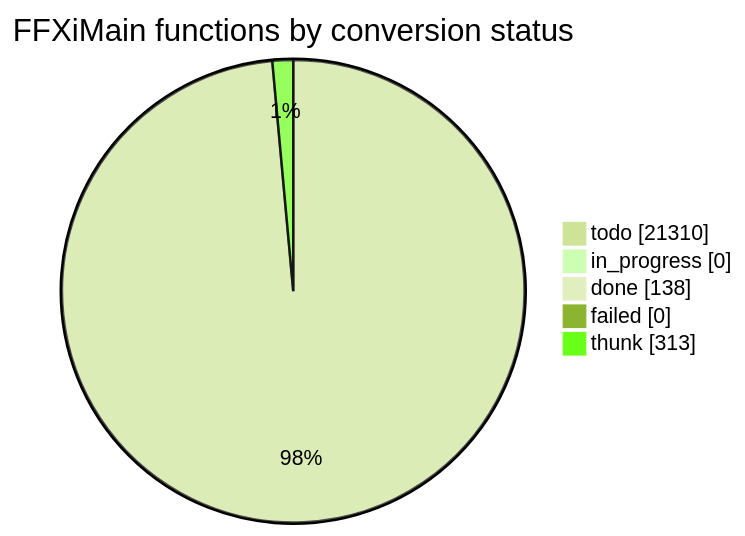
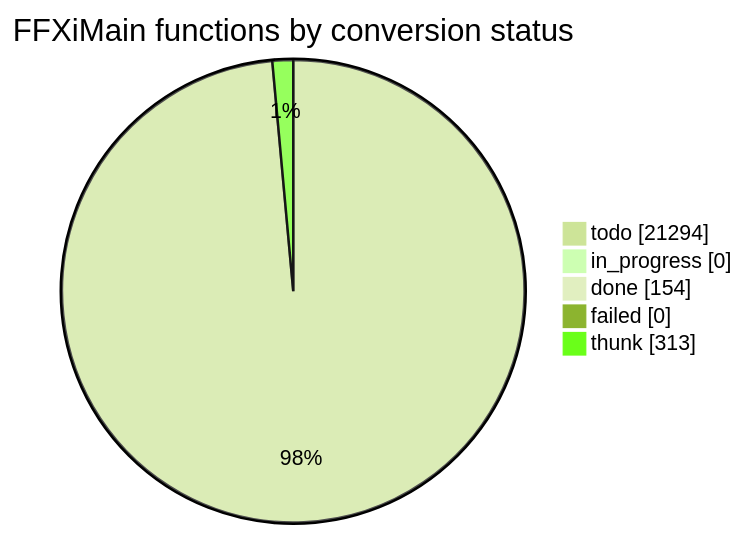
One commit to cowrevenge/cow_kuluu_xi_anything changed the diagram in docs/cow/STATUS.md. Above: the diagram before and after it, drawn with Mermaid (forest theme). The commit also changed other lines of this file and 23 other files, not shown here.

````diff
--- a/docs/cow/STATUS.md
+++ b/docs/cow/STATUS.md
@@ -18,9 +18,9 @@
 ```mermaid
 pie showData
     title FFXiMain functions by conversion status
-    "todo" : 21310
+    "todo" : 21294
     "in_progress" : 0
-    "done" : 138
+    "done" : 154
     "failed" : 0
     "thunk" : 313
 ```
````
